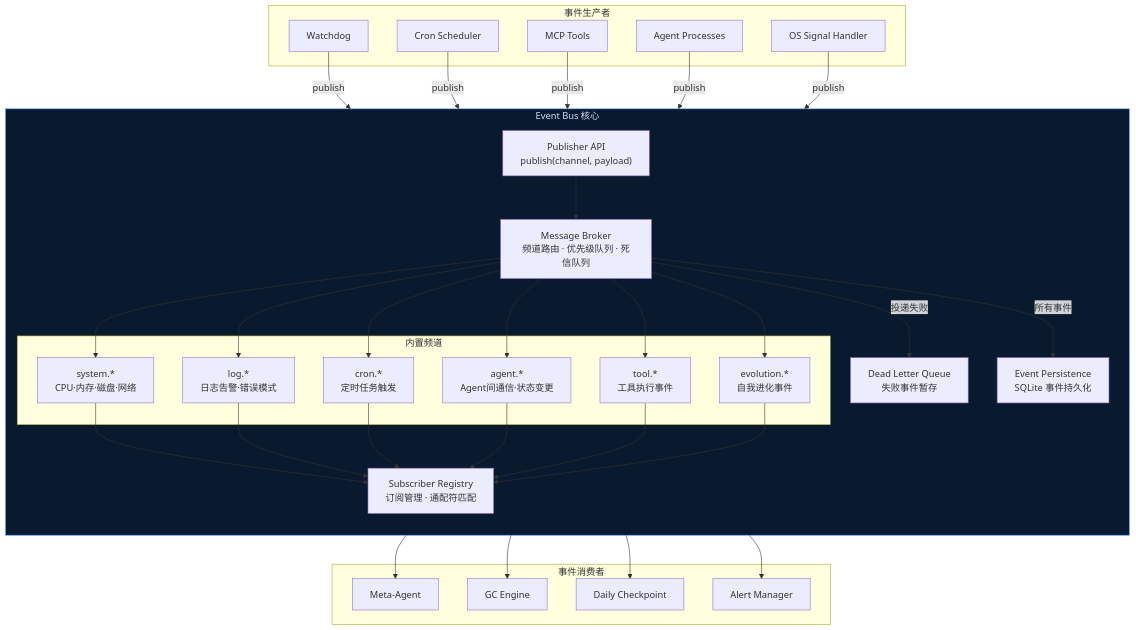
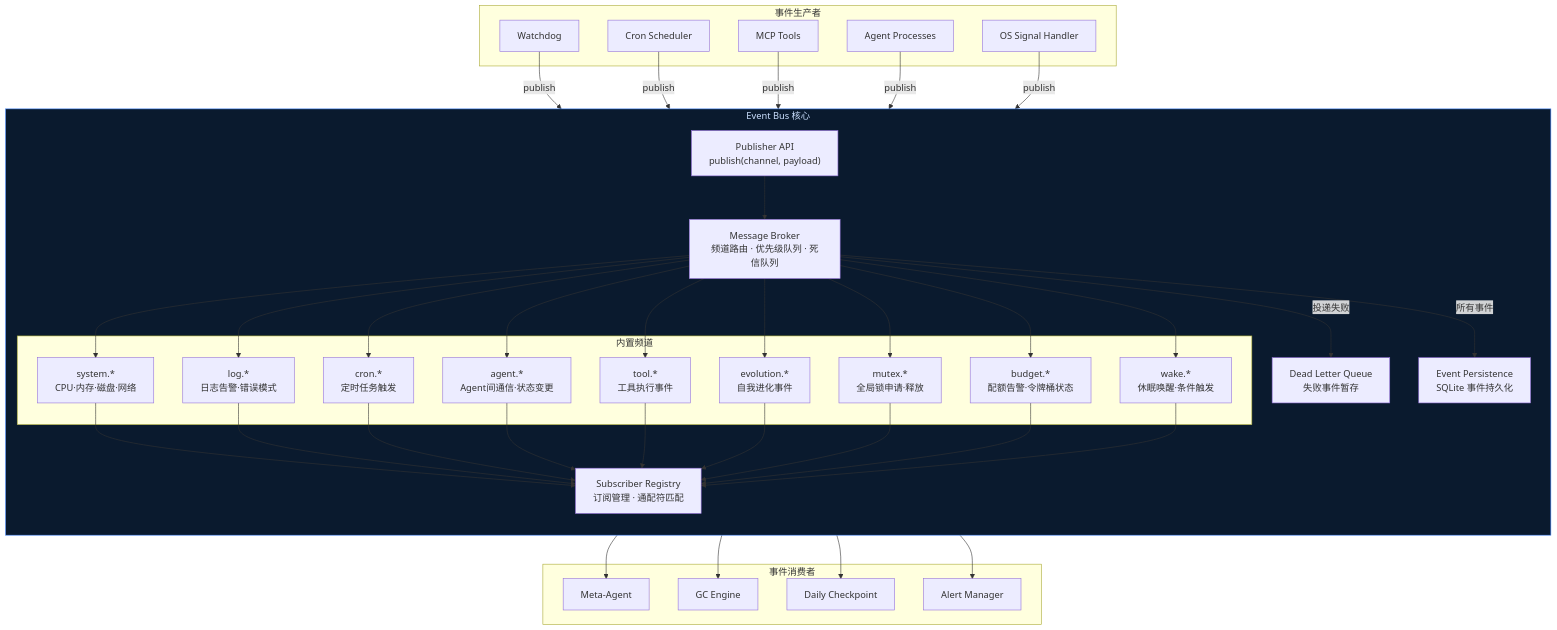
One commit to Yidhar/Embla_System changed the first of 12 diagrams in doc/10-brainstem-layer-modules.md. Above: the diagram before and after it, drawn with Mermaid. The commit also changed other lines of this file and 16 other files, not shown here.

First line of the commit message:
feat: Refactor architecture documentation for Brainstem, Brain, and Limbs layers

````diff
--- a/doc/10-brainstem-layer-modules.md
+++ b/doc/10-brainstem-layer-modules.md
@@ -15,47 +35,50 @@
 ```mermaid
 flowchart TB
     subgraph EventBus["Event Bus 核心"]
         direction TB
         PUB["Publisher API<br/>publish(channel, payload)"]
         BROKER["Message Broker<br/>频道路由 · 优先级队列 · 死信队列"]
         SUB["Subscriber Registry<br/>订阅管理 · 通配符匹配"]
 
         subgraph Channels["内置频道"]
             CH_SYS["system.*<br/>CPU·内存·磁盘·网络"]
             CH_LOG["log.*<br/>日志告警·错误模式"]
             CH_CRON["cron.*<br/>定时任务触发"]
             CH_AGENT["agent.*<br/>Agent间通信·状态变更"]
             CH_TOOL["tool.*<br/>工具执行事件"]
             CH_EVO["evolution.*<br/>自我进化事件"]
+            CH_MUTEX["mutex.*<br/>全局锁申请·释放"]
+            CH_BUDGET["budget.*<br/>配额告警·令牌桶状态"]
+            CH_WAKE["wake.*<br/>休眠唤醒·条件触发"]
         end
 
         DLQ["Dead Letter Queue<br/>失败事件暂存"]
         PERSIST["Event Persistence<br/>SQLite 事件持久化"]
     end
 
     subgraph Producers["事件生产者"]
         P_WD["Watchdog"]
         P_CRON["Cron Scheduler"]
         P_TOOL["MCP Tools"]
         P_AGENT["Agent Processes"]
         P_OS["OS Signal Handler"]
     end
 
     subgraph Consumers["事件消费者"]
         C_META["Meta-Agent"]
         C_GC["GC Engine"]
         C_DAILY["Daily Checkpoint"]
         C_ALERT["Alert Manager"]
     end
 
     P_WD & P_CRON & P_TOOL & P_AGENT & P_OS -->|publish| PUB
     PUB --> BROKER
-    BROKER --> CH_SYS & CH_LOG & CH_CRON & CH_AGENT & CH_TOOL & CH_EVO
-    CH_SYS & CH_LOG & CH_CRON & CH_AGENT & CH_TOOL & CH_EVO --> SUB
+    BROKER --> CH_SYS & CH_LOG & CH_CRON & CH_AGENT & CH_TOOL & CH_EVO & CH_MUTEX & CH_BUDGET & CH_WAKE
+    CH_SYS & CH_LOG & CH_CRON & CH_AGENT & CH_TOOL & CH_EVO & CH_MUTEX & CH_BUDGET & CH_WAKE --> SUB
     SUB --> C_META & C_GC & C_DAILY & C_ALERT
 
     BROKER -->|投递失败| DLQ
     BROKER -->|所有事件| PERSIST
 
     style EventBus fill:#0a1a2e,stroke:#4488ff,color:#cce0ff
 ```
````
